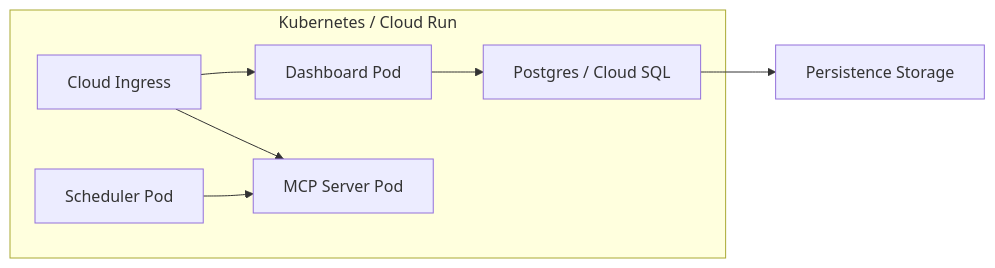
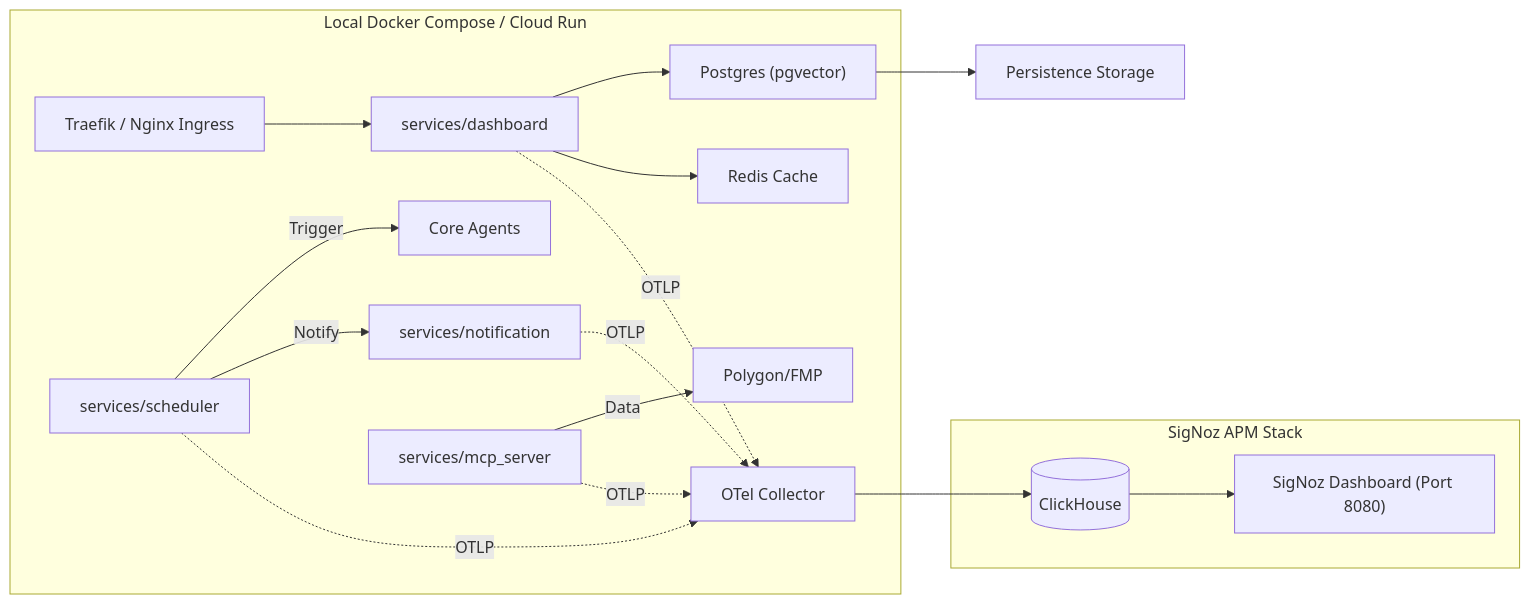
The second of 3 diagrams in wiki/04_架構觀點-Architect_Views/系統全景圖-System-Landscape.md (neohsiung/AI-Investment-Advisor), drawn with Mermaid before and after one commit. The commit also changed other lines of this file and 5 other files, not shown here.

First line of the commit message:
docs(wiki): sync architecture documentation and observability guides for v1.1.0 同步架構文檔與可觀測性指南並標記 v1.1.0

````diff
--- a/wiki/04_架構觀點-Architect_Views/系統全景圖-System-Landscape.md
+++ b/wiki/04_架構觀點-Architect_Views/系統全景圖-System-Landscape.md
@@ -96,10 +100,25 @@
 ```mermaid
 graph LR
-    subgraph K8s["Kubernetes / Cloud Run"]
-        Ing["Cloud Ingress"] --> Dashboard["Dashboard Pod"]
-        Ing --> MCP_Serv["MCP Server Pod"]
-        Dashboard --> DB["Postgres / Cloud SQL"]
-        Scheduler["Scheduler Pod"] --> MCP_Serv
+    subgraph Self-Hosted Infrastructure["Local Docker Compose / Cloud Run"]
+        Ing["Traefik / Nginx Ingress"] --> Dashboard["services/dashboard"]
+        Dashboard --> DB["Postgres (pgvector)"]
+        Dashboard --> Redis["Redis Cache"]
+        
+        Scheduler["services/scheduler"] -->|Trigger| Agents["Core Agents"]
+        Scheduler -->|Notify| Notif["services/notification"]
+        
+        MCP_Serv["services/mcp_server"] -->|Data| APIs[Polygon/FMP]
+        
+        Dashboard -.->|OTLP| OTel["OTel Collector"]
+        Scheduler -.->|OTLP| OTel
+        MCP_Serv -.->|OTLP| OTel
+        Notif -.->|OTLP| OTel
     end
+    
+    subgraph Observability["SigNoz APM Stack"]
+        OTel --> ClickHouse[(ClickHouse)]
+        ClickHouse --> SigNozUI["SigNoz Dashboard (Port 8080)"]
+    end
+    
     DB --> Storage["Persistence Storage"]
 ```
````
